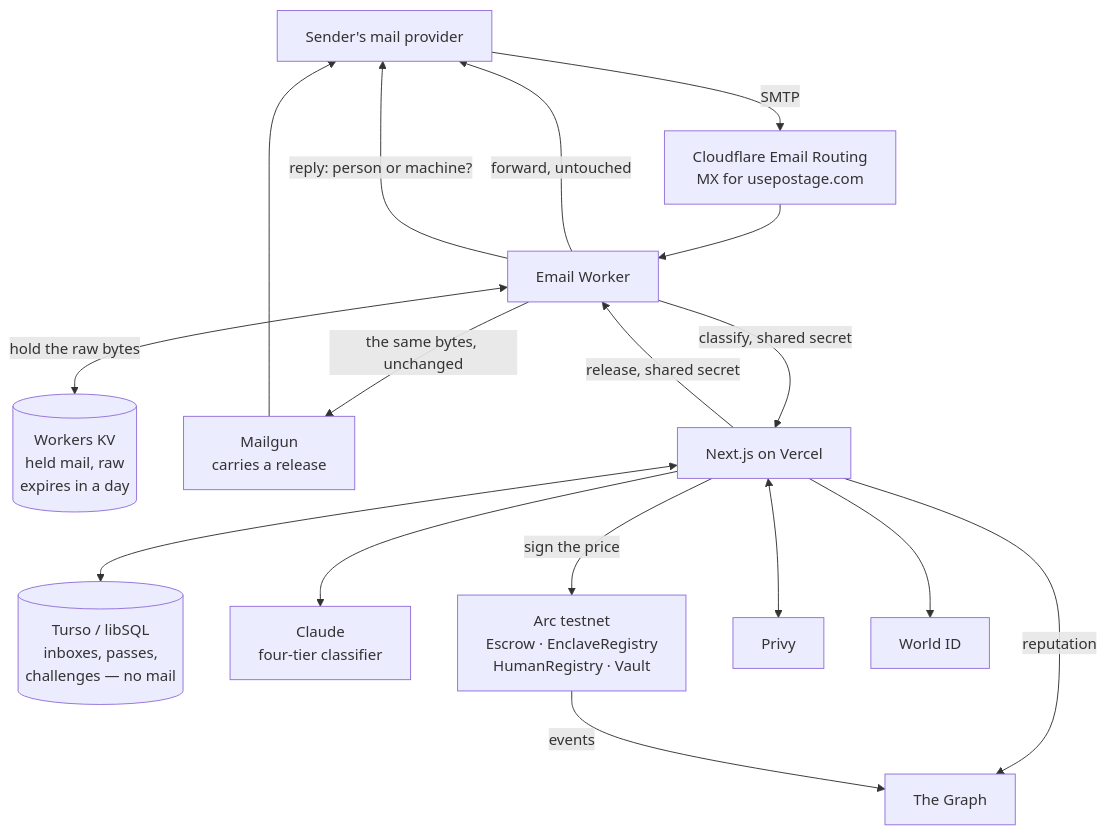
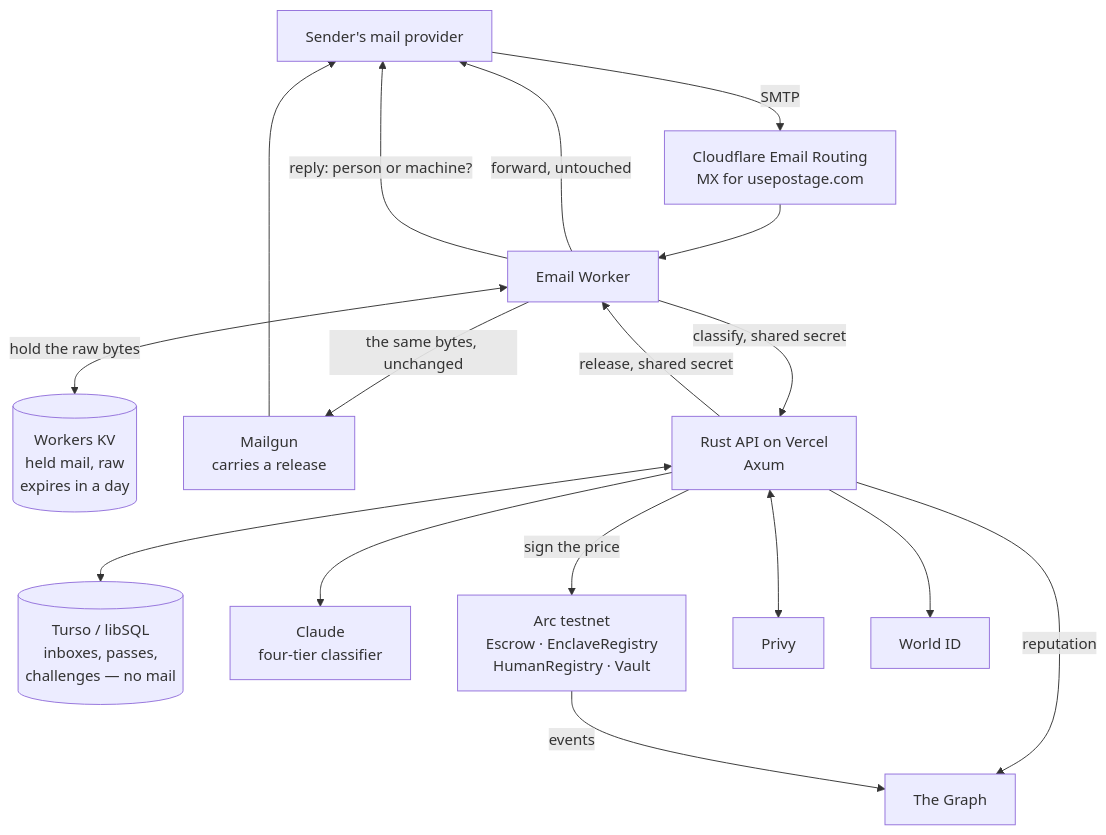
The diagram in ARCHITECTURE.md (Matgothmog/postage), drawn with Mermaid before and after one commit. The commit also changed other lines of this file and 8 other files, not shown here.

````diff
--- a/ARCHITECTURE.md
+++ b/ARCHITECTURE.md
@@ -11,30 +16,30 @@
 ```mermaid
 flowchart TB
     S["Sender's mail provider"]
     CF["Cloudflare Email Routing<br/>MX for usepostage.com"]
     W["Email Worker"]
     K[("Workers KV<br/>held mail, raw<br/>expires in a day")]
     M["Mailgun<br/>carries a release"]
-    V["Next.js on Vercel"]
+    V["Rust API on Vercel<br/>Axum"]
     T[("Turso / libSQL<br/>inboxes, passes,<br/>challenges — no mail")]
     C["Claude<br/>four-tier classifier"]
     A["Arc testnet<br/>Escrow · EnclaveRegistry<br/>HumanRegistry · Vault"]
     G["The Graph"]
     P["Privy"]
     WO["World ID"]
 
     S -->|SMTP| CF --> W
     W -->|"classify, shared secret"| V
     W -->|"forward, untouched"| S
     W <-->|"hold the raw bytes"| K
     W -->|"reply: person or machine?"| S
     V -->|"release, shared secret"| W
     W -->|"the same bytes, unchanged"| M --> S
     V --> C
     V <--> T
     V -->|"sign the price"| A
     V -->|"reputation"| G
     A -->|"events"| G
     V <--> P
     V --> WO
 ```
````
